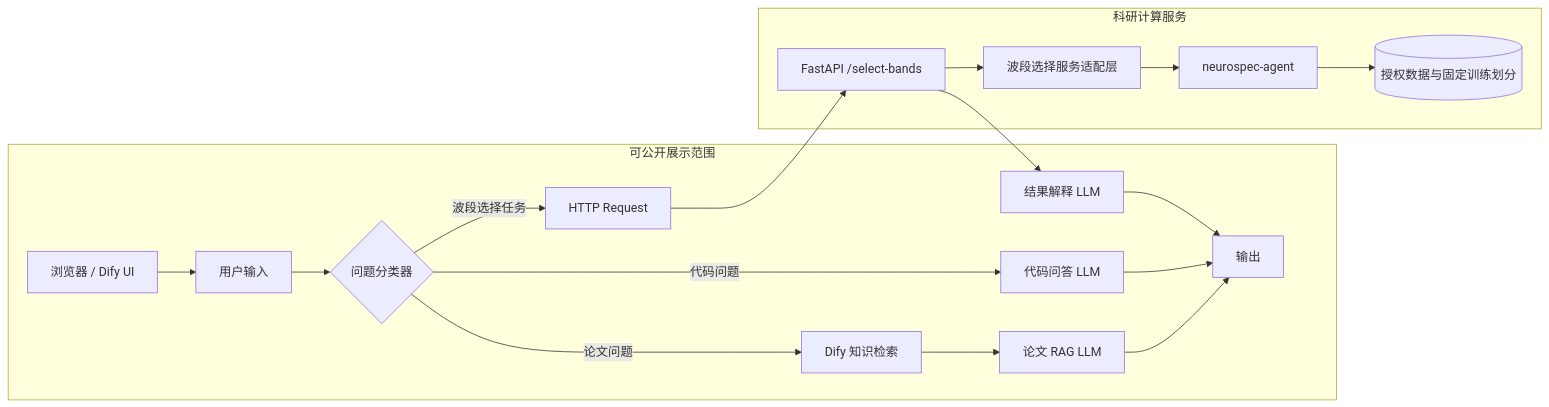
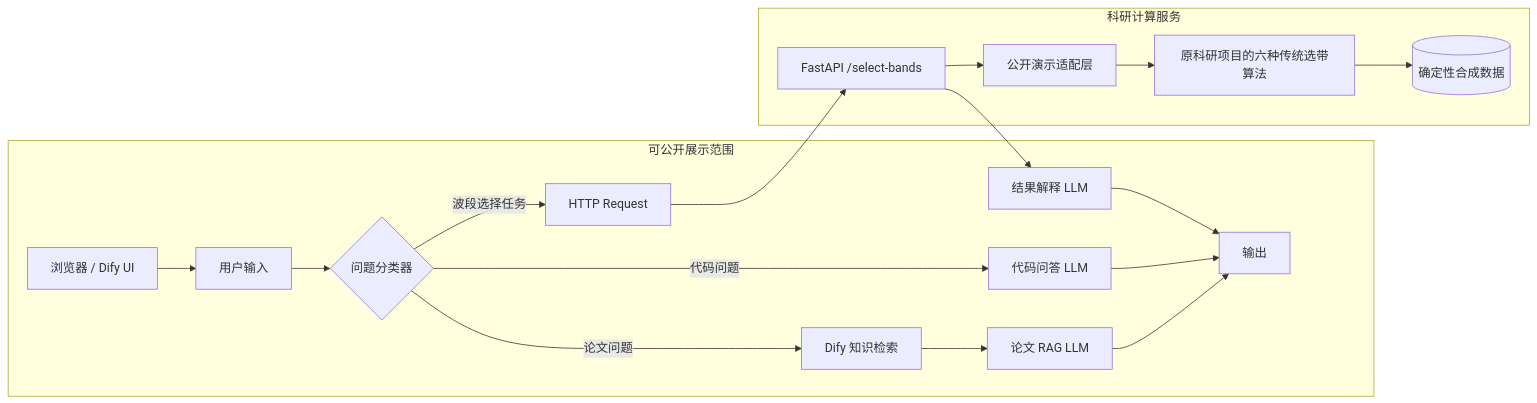
Before and after one commit to siyuLi1213/ResearchPilot-satellite: the diagram in docs/architecture.md, drawn with Mermaid. The commit also changed other lines of this file and 25 other files, not shown here.

````diff
--- a/docs/architecture.md
+++ b/docs/architecture.md
@@ -3,36 +3,36 @@
 ```mermaid
 flowchart LR
     U[浏览器 / Dify UI] --> S[用户输入]
     S --> C{问题分类器}
     C -->|论文问题| K[Dify 知识检索]
     K --> R[论文 RAG LLM]
     C -->|代码问题| Q[代码问答 LLM]
     C -->|波段选择任务| H[HTTP Request]
     H --> A[FastAPI /select-bands]
-    A --> P[波段选择服务适配层]
-    P --> N[neurospec-agent]
-    N --> D[(授权数据与固定训练划分)]
+    A --> P[公开演示适配层]
+    P --> N[原科研项目的六种传统选带算法]
+    N --> D[(确定性合成数据)]
     A --> B[结果解释 LLM]
     R --> O[输出]
     Q --> O
     B --> O
 
     subgraph Public[可公开展示范围]
       U
       S
       C
       K
       R
       Q
       H
       B
       O
     end
 
     subgraph Compute[科研计算服务]
       A
       P
       N
       D
     end
 ```
````
